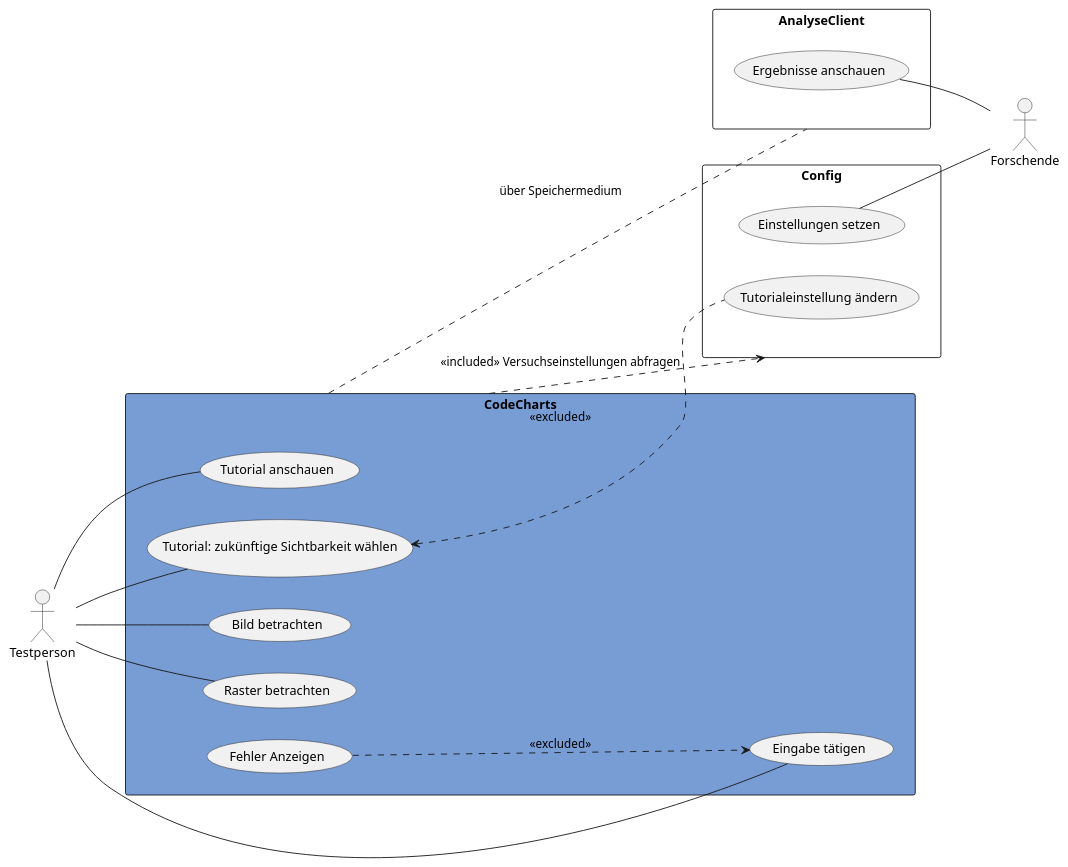
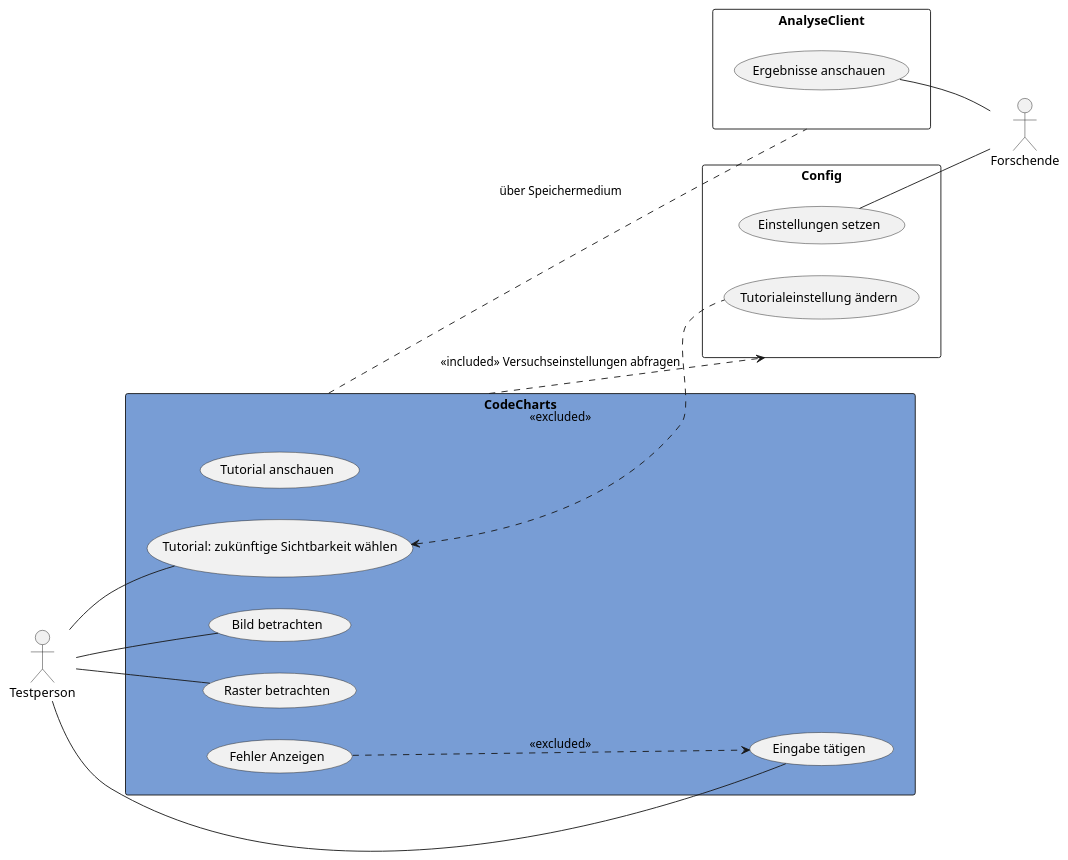
One commit to weichware10/meilensteine changed the diagram in meilenstein_05/usecase-CodeCharts/usecase-CodeCharts.puml. Above: the diagram before and after it, drawn with PlantUML.

Commit message:
rerender

```diff
--- a/meilenstein_05/usecase-CodeCharts/usecase-CodeCharts.puml
+++ b/meilenstein_05/usecase-CodeCharts/usecase-CodeCharts.puml
@@ -1,43 +1,43 @@
 @startuml CodeCharts
 left to right direction
 
 actor Testperson as t
 actor Forschende as f
 
 rectangle CodeCharts as z #789dd5 {
     usecase "Tutorial anschauen" as td
     usecase "Tutorial: zukünftige Sichtbarkeit wählen" as tw
     usecase "Bild betrachten" as bb
     usecase "Raster betrachten" as rb
     usecase "Eingabe tätigen" as et
     usecase "Fehler Anzeigen" as fa
 }
 
 rectangle AnalyseClient as a {
     usecase "Ergebnisse anschauen" as ea
 }
 
 rectangle Config as c {
     usecase "Einstellungen setzen" as es
     usecase "Tutorialeinstellung ändern" as tä
 }
 
 ' Testperson
-t -- td
+' t -- td
 t -- tw
 t -- bb
 t -- rb
 t -- et
 
 ' Forschende
 es -- f
 ea -- f
 
 ' intern
 tw <.. tä : <<excluded>> 
 z .. a : über Speichermedium
 z ..> c : <<included>> Versuchseinstellungen abfragen
 fa ..> et : <<excluded>> 
 
 
 @enduml
```
